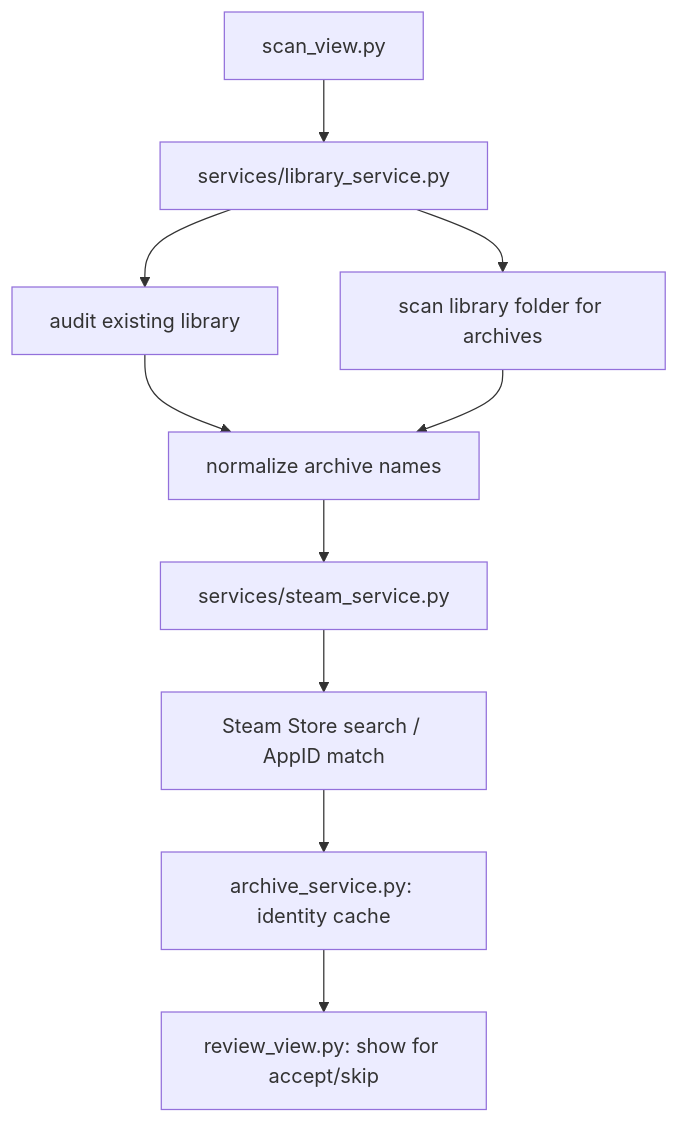
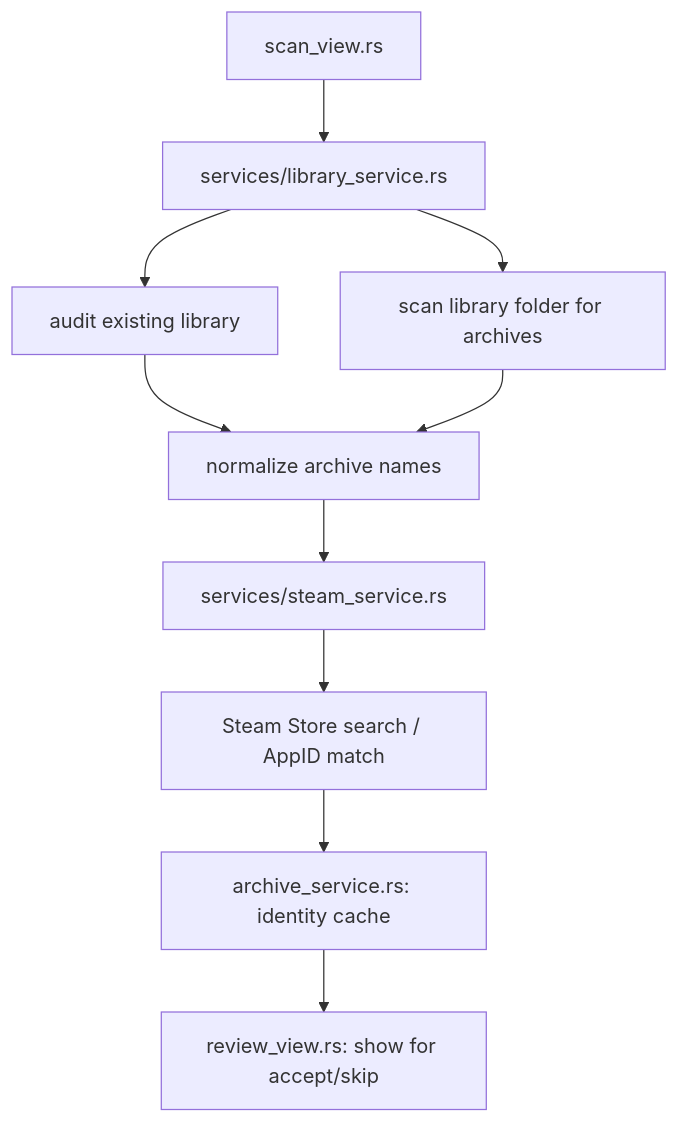
Before and after one commit to smd3235/steam-game-organizer: the second of 6 diagrams in ARCHITECTURE.md, drawn with Mermaid. The commit also changed other lines of this file and 399 other files, not shown here.

````diff
--- a/ARCHITECTURE.md
+++ b/ARCHITECTURE.md
@@ -312,12 +205,12 @@
 ```mermaid
 flowchart TD
-    A[scan_view.py] --> B[services/library_service.py]
+    A[scan_view.rs] --> B[services/library_service.rs]
     B --> C[audit existing library]
     B --> D[scan library folder for archives]
     C --> E[normalize archive names]
     D --> E
-    E --> F[services/steam_service.py]
+    E --> F[services/steam_service.rs]
     F --> G[Steam Store search / AppID match]
-    G --> H[archive_service.py: identity cache]
-    H --> I[review_view.py: show for accept/skip]
+    G --> H[archive_service.rs: identity cache]
+    H --> I[review_view.rs: show for accept/skip]
 ```
````
